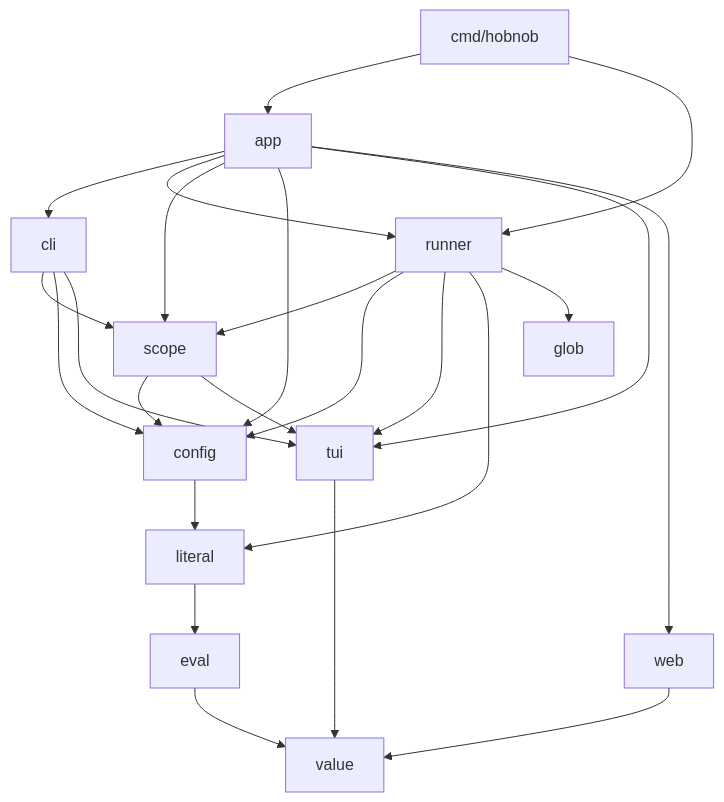
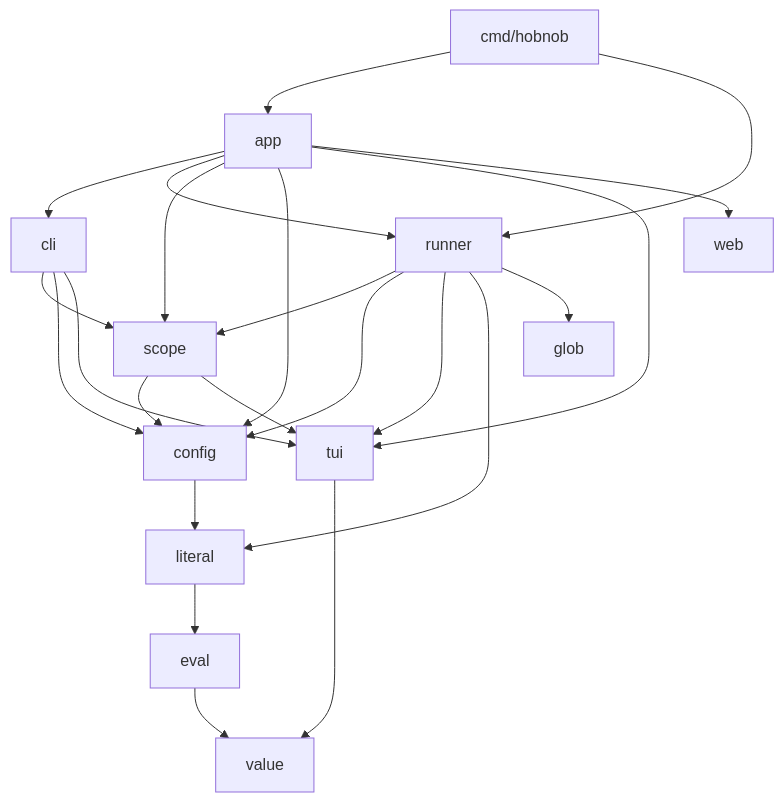
Before and after one commit to JakesMD/hobnob: the first of 7 diagrams in ARCHITECTURE.md, drawn with Mermaid. The commit also changed other lines of this file and 5 other files, not shown here.

````diff
--- a/ARCHITECTURE.md
+++ b/ARCHITECTURE.md
@@ -97,26 +97,25 @@
 ```mermaid
 flowchart TD
     cmd[cmd/hobnob] --> app
     cmd --> runner
     app --> cli
     app --> runner
     app --> scope
     app --> config
     app --> tui
     app --> web
     cli --> scope
     cli --> config
     cli --> tui
     runner --> scope
     runner --> config
     runner --> tui
     runner --> literal
     runner --> glob
     scope --> config
     scope --> tui
     config --> literal
     literal --> eval
     eval --> value
     tui --> value
-    web --> value
 ```
````
